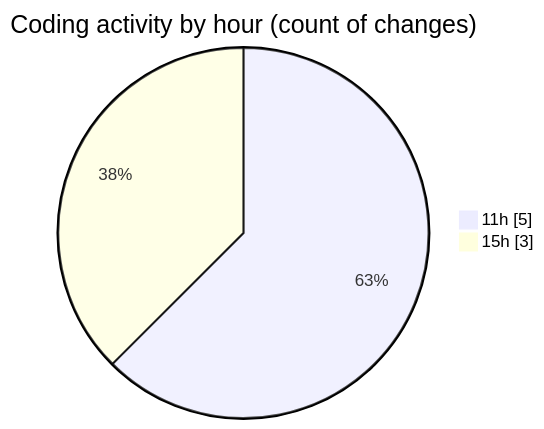
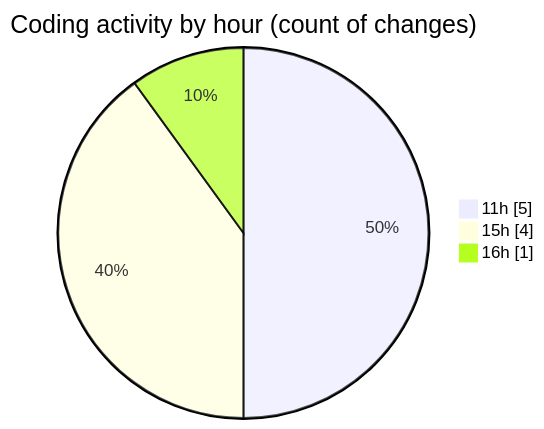
Before and after one commit to ricardozamudiocil/code-tracking: the second of 2 diagrams in 2026-03-30/cilapp/README.md, drawn with Mermaid. The commit also changed other lines of this file and 1 other file, not shown here.

````diff
--- a/2026-03-30/cilapp/README.md
+++ b/2026-03-30/cilapp/README.md
@@ -33,6 +34,7 @@
 ```mermaid
 pie showData
 title Coding activity by hour (count of changes)
 "11h" : 5
-"15h" : 3
+"15h" : 4
+"16h" : 1
 ```
````
